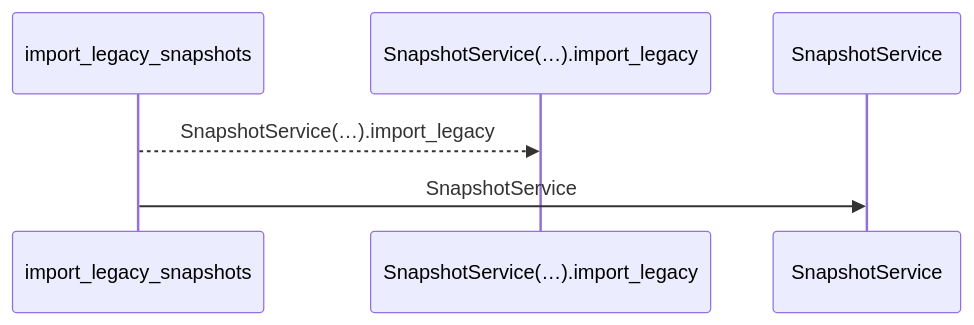
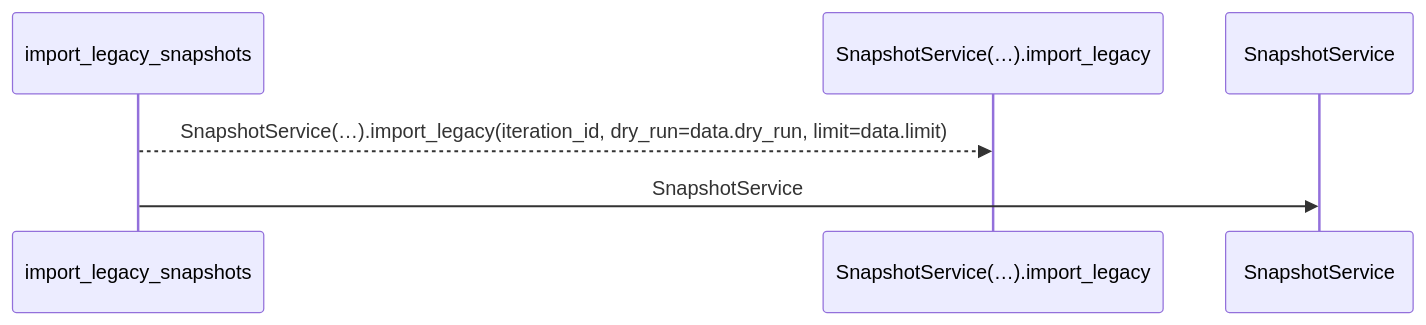
The first of 2 diagrams in docs/llm_wiki/flows/http-import_legacy_snapshots.md (Denissvgn/WorkChord), drawn with Mermaid before and after one commit. The commit also changed other lines of this file and 25171 other files, not shown here.

````diff
--- a/docs/llm_wiki/flows/http-import_legacy_snapshots.md
+++ b/docs/llm_wiki/flows/http-import_legacy_snapshots.md
@@ -10,8 +12,8 @@
 ```mermaid
 sequenceDiagram
     participant p0 as import_legacy_snapshots
     participant p1 as SnapshotService(…).import_legacy
     participant p2 as SnapshotService
-    p0-->>p1: SnapshotService(…).import_legacy
+    p0-->>p1: SnapshotService(…).import_legacy(iteration_id, dry_run=data.dry_run, limit=data.limit)
     p0->>p2: SnapshotService
 ```
````
